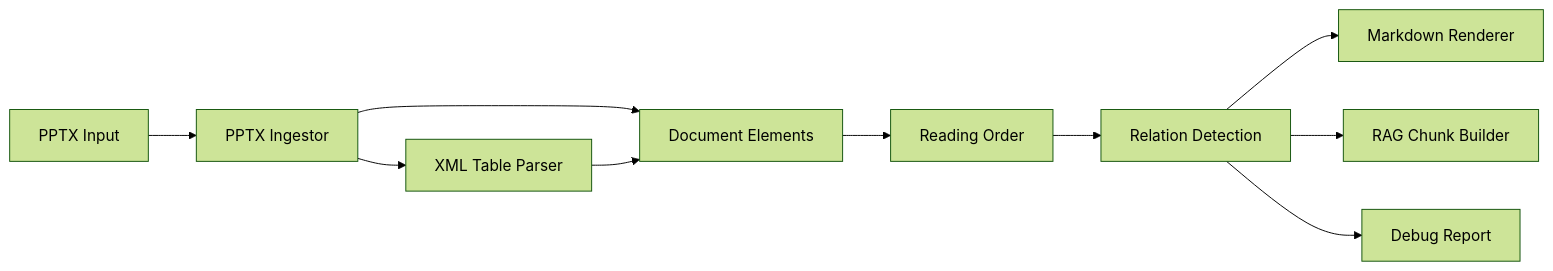
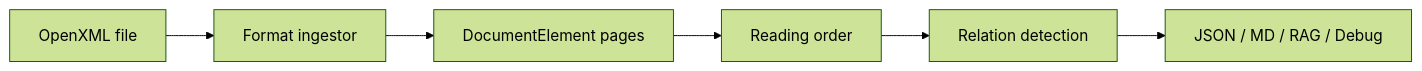
The diagram in README.md (Gaebobman/openxml-parser), drawn with Mermaid (forest theme) before and after one commit. The commit also changed other lines of this file and 11 other files, not shown here.

````diff
--- a/README.md
+++ b/README.md
@@ -225,12 +80,8 @@
 ```mermaid
 flowchart LR
-    InputPptx[PPTX Input] --> Ingest[PPTX Ingestor]
-    Ingest --> XmlTable[XML Table Parser]
-    Ingest --> Elements[Document Elements]
-    XmlTable --> Elements
-    Elements --> ReadingOrder[Reading Order]
-    ReadingOrder --> Relations[Relation Detection]
-    Relations --> Markdown[Markdown Renderer]
-    Relations --> RagPack[RAG Chunk Builder]
-    Relations --> DebugReport[Debug Report]
+  Input[OpenXML file] --> Ingest[Format ingestor]
+  Ingest --> Elements[DocumentElement pages]
+  Elements --> Order[Reading order]
+  Order --> Rel[Relation detection]
+  Rel --> Out[JSON / MD / RAG / Debug]
 ```
````
